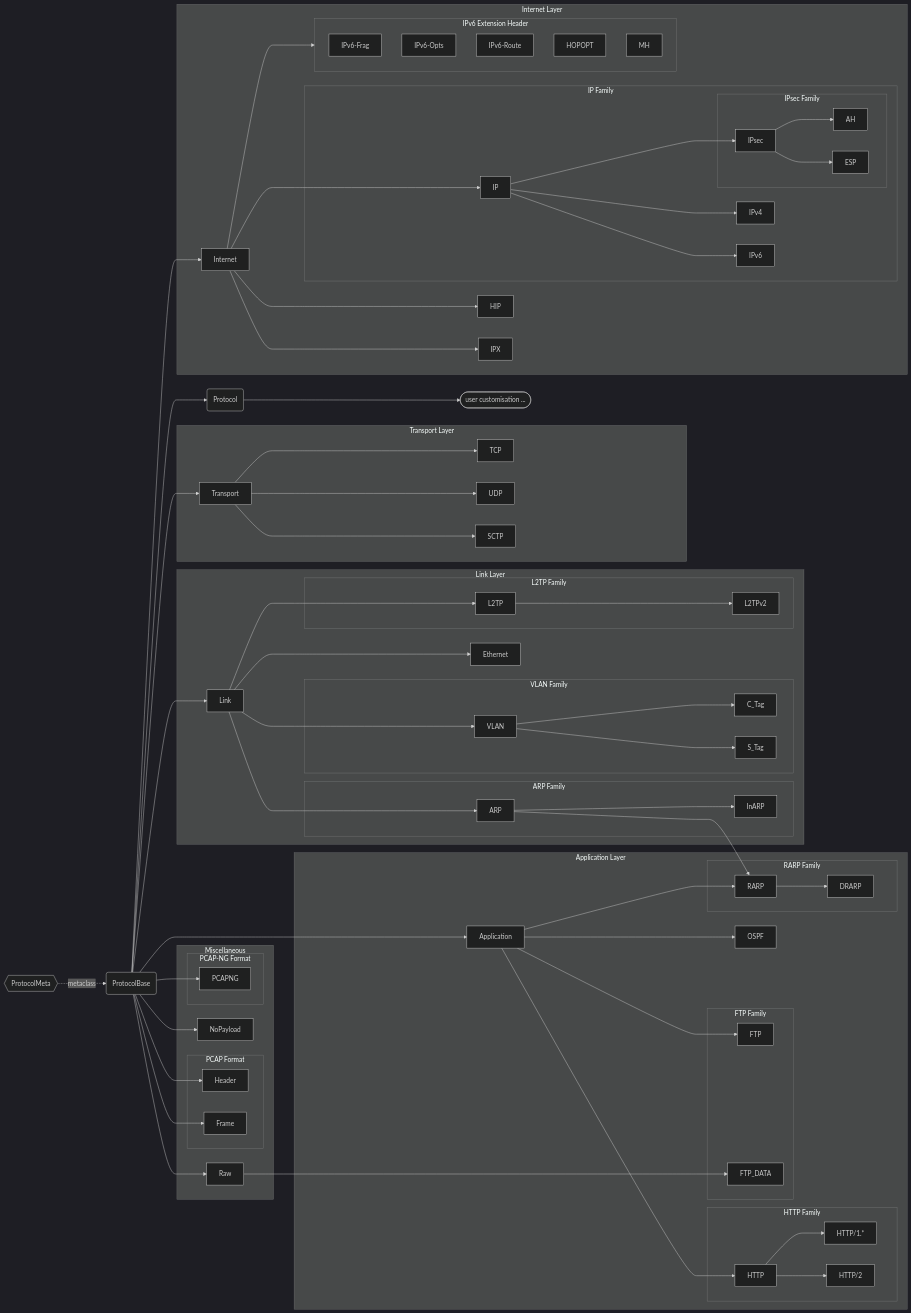
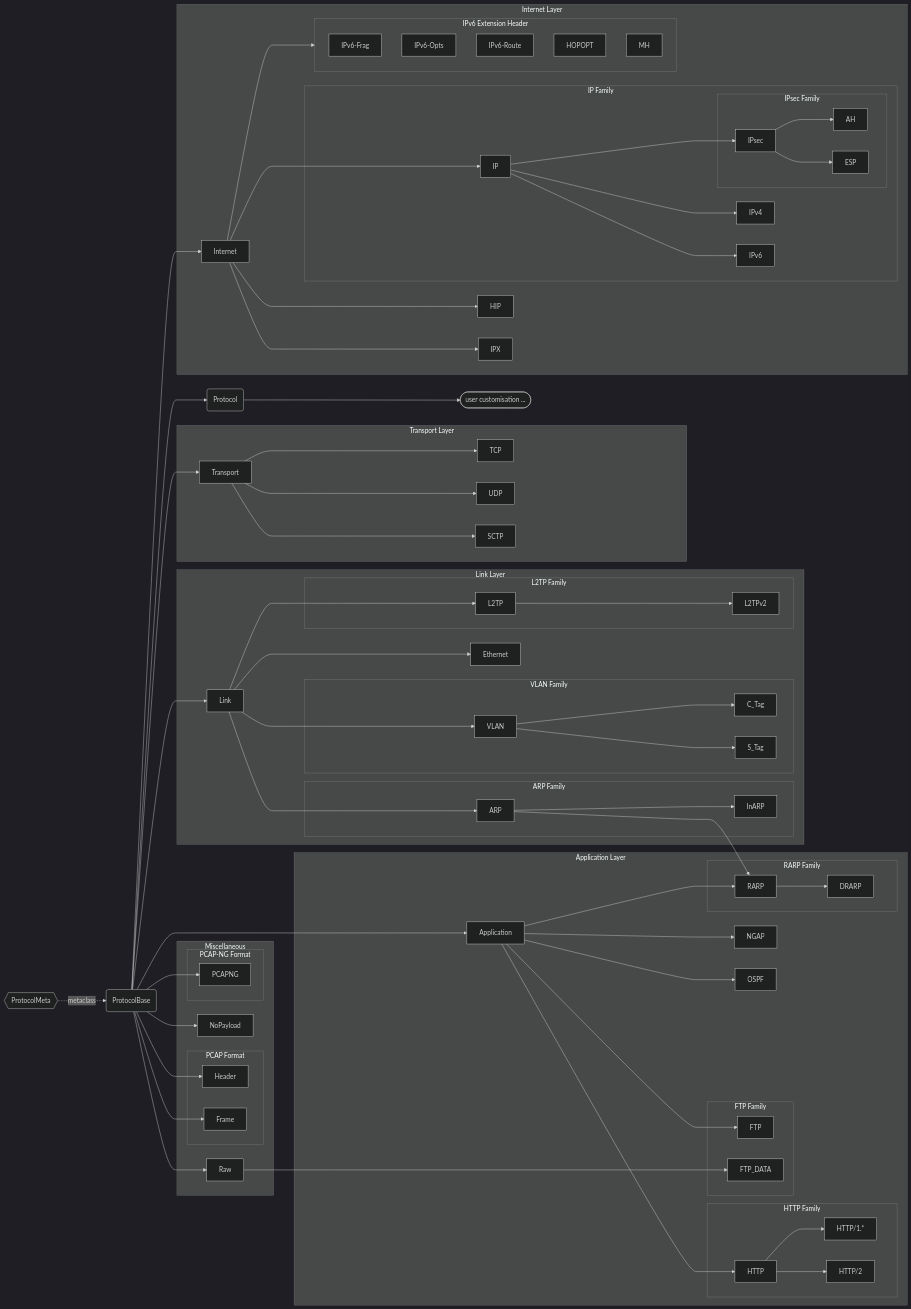
The diagram in docs/source/pcapkit/protocols/index.rst (JarryShaw/PyPCAPKit), drawn with Mermaid (dark theme) before and after one commit. The commit also changed 12 other files, not shown here.

```diff
--- a/docs/source/pcapkit/protocols/index.rst
+++ b/docs/source/pcapkit/protocols/index.rst
@@ -63,7 +63,7 @@
        end
 
        subgraph application [Application Layer]
-           Application --> HTTP & FTP & OSPF & RARP
+           Application --> HTTP & FTP & NGAP & OSPF & RARP
 
            subgraph http [HTTP Family]
                HTTP --> h1["HTTP/1.*"] & h2["HTTP/2"]
@@ -108,14 +108,11 @@
        click Ethernet "/pcapkit/protocols/link/ethernet.html#pcapkit.protocols.link.ethernet.Ethernet"
        click L2TP "/pcapkit/protocols/link/l2tp.html#pcapkit.protocols.link.l2tp.L2TP"
        click L2TPv2 "/pcapkit/protocols/link/l2tpv2.html#pcapkit.protocols.link.l2tpv2.L2TPv2"
-       click OSPF "/pcapkit/protocols/application/ospf.html#pcapkit.protocols.application.ospf.OSPF"
        click VLAN "/pcapkit/protocols/link/vlan.html#pcapkit.protocols.link.vlan.VLAN"
        click C_Tag "/pcapkit/protocols/link/c_tag.html#pcapkit.protocols.link.c_tag.C_Tag"
        click S_Tag "/pcapkit/protocols/link/s_tag.html#pcapkit.protocols.link.s_tag.S_Tag"
        click ARP "/pcapkit/protocols/link/arp.html#pcapkit.protocols.link.arp.ARP"
        click InARP "/pcapkit/protocols/link/arp.html#pcapkit.protocols.link.arp.InARP"
-       click RARP "/pcapkit/protocols/application/rarp.html#pcapkit.protocols.application.rarp.RARP"
-       click DRARP "/pcapkit/protocols/application/rarp.html#pcapkit.protocols.application.rarp.DRARP"
 
        click Internet "/pcapkit/protocols/internet/internet.html#pcapkit.protocols.internet.internet.Internet"
        click AH "/pcapkit/protocols/internet/ah.html#pcapkit.protocols.internet.ah.AH"
@@ -143,6 +140,10 @@
        click h2 "/pcapkit/protocols/application/httpv2.html#pcapkit.protocols.application.httpv2.HTTP"
        click FTP "/pcapkit/protocols/application/ftp.html#pcapkit.protocols.application.ftp.FTP"
        click FTP_DATA "/pcapkit/protocols/application/ftp.html#pcapkit.protocols.application.ftp.FTP_DATA"
+       click NGAP "/pcapkit/protocols/application/ngap.html#pcapkit.protocols.application.ngap.NGAP"
+       click OSPF "/pcapkit/protocols/application/ospf.html#pcapkit.protocols.application.ospf.OSPF"
+       click RARP "/pcapkit/protocols/application/rarp.html#pcapkit.protocols.application.rarp.RARP"
+       click DRARP "/pcapkit/protocols/application/rarp.html#pcapkit.protocols.application.rarp.DRARP"
 
        click Raw "/pcapkit/protocols/misc/raw.html#pcapkit.protocols.misc.raw.Raw"
        click NoPayload "/pcapkit/protocols/misc/null.html#pcapkit.protocols.misc.null.NoPayload"
```
